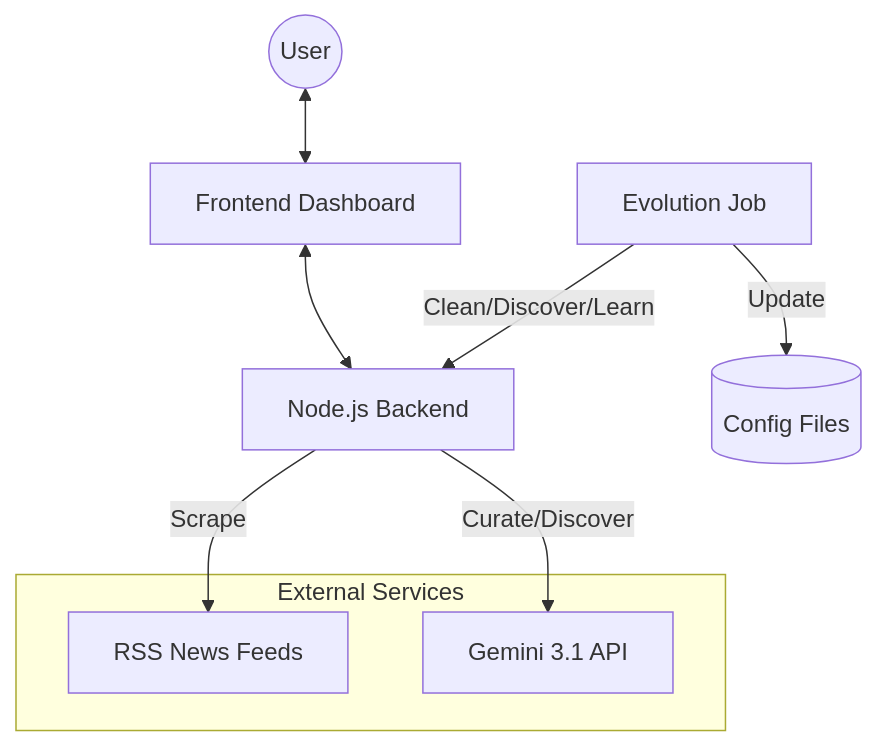
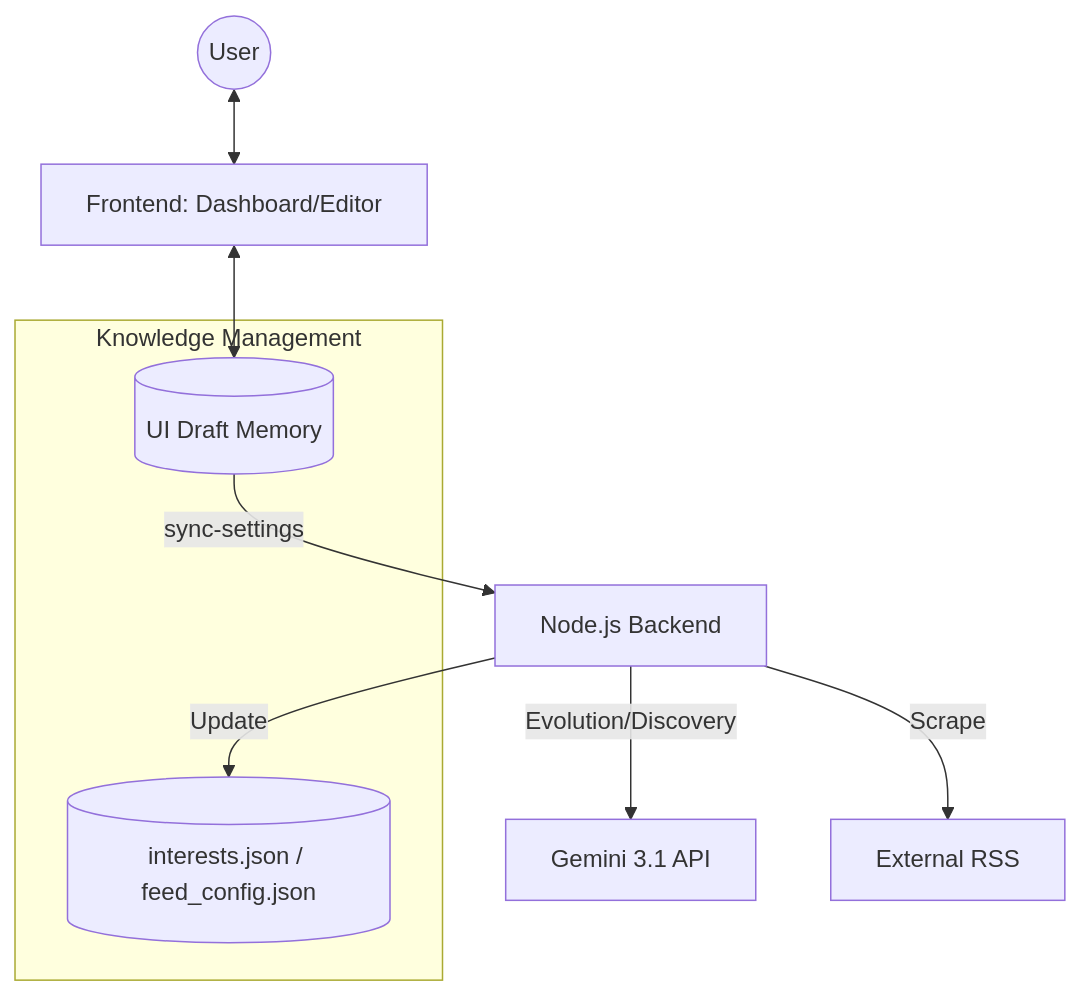
One commit to charge0315/aegis-ai-hub changed the diagram in docs/CODEMAPS/INDEX.md. Above: the diagram before and after it, drawn with Mermaid. The commit also changed other lines of this file and 24 other files, not shown here.

````diff
--- a/docs/CODEMAPS/INDEX.md
+++ b/docs/CODEMAPS/INDEX.md
@@ -18,21 +18,19 @@
 ```mermaid
 graph TD
     User((User))
-    UI[Frontend Dashboard]
+    UI[Frontend: Dashboard/Editor]
     Server[Node.js Backend]
-    Job[Evolution Job]
     
-    subgraph "External Services"
-        Feeds[RSS News Feeds]
-        GeminiAPI[Gemini 3.1 API]
+    subgraph "Knowledge Management"
+        Draft[(UI Draft Memory)]
+        Config[(interests.json / feed_config.json)]
     end
 
     User <--> UI
-    UI <--> Server
+    UI <--> Draft
+    Draft -- sync-settings --> Server
+    Server -- Update --> Config
     
-    Server -- Scrape --> Feeds
-    Server -- Curate/Discover --> GeminiAPI
-    
-    Job -- Clean/Discover/Learn --> Server
-    Job -- Update --> Config[(Config Files)]
+    Server -- Evolution/Discovery --> GeminiAPI[Gemini 3.1 API]
+    Server -- Scrape --> Feeds[External RSS]
 ```
````
